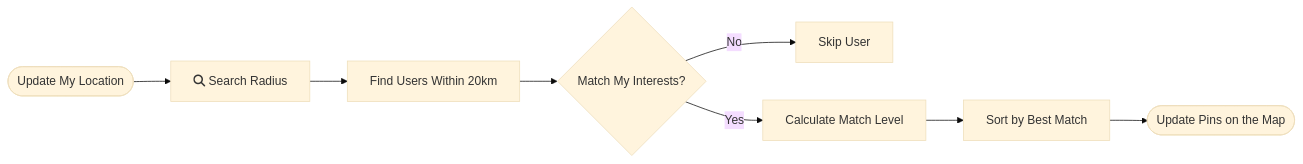
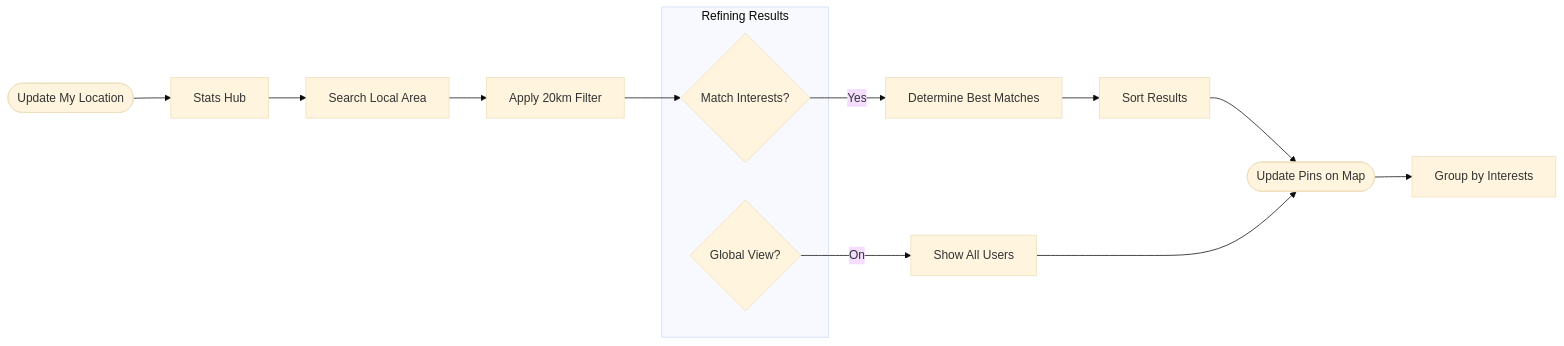
The fifth of 8 diagrams in docs/DIAGRAMS.md (Akash-Veerla/Demographic), drawn with Mermaid (base theme) before and after one commit. The commit also changed other lines of this file, not shown here.

Commit message:
Diagrams update reflecting system update

````diff
--- a/docs/DIAGRAMS.md
+++ b/docs/DIAGRAMS.md
@@ -140,10 +139,21 @@
 ```mermaid
 graph LR
-    Start([Update My Location]) --> Search[fa:fa-search Search Radius]
-    Search --> Range[Find Users Within 20km]
-    Range --> Interests{Match My Interests?}
-    Interests -- "No" --> Skip[Skip User]
-    Interests -- "Yes" --> Calc[Calculate Match Level]
-    Calc --> Display[Sort by Best Match]
-    Display --> UI([Update Pins on the Map])
+    Start([Update My Location]) --> Hub[Stats Hub]
+    Hub --> Search[Search Local Area]
+    Search --> Filter[Apply 20km Filter]
+    
+    subgraph "Refining Results"
+        Match{Match Interests?}
+        Global{Global View?}
+    end
+    
+    Filter --> Match
+    Global -- "On" --> ShowAll[Show All Users]
+    Match -- "Yes" --> Calc[Determine Best Matches]
+    
+    Calc --> Sort[Sort Results]
+    Sort --> MapPins([Update Pins on Map])
+    ShowAll --> MapPins
+    
+    MapPins --> Groups["Group by Interests"]
 ```
````
